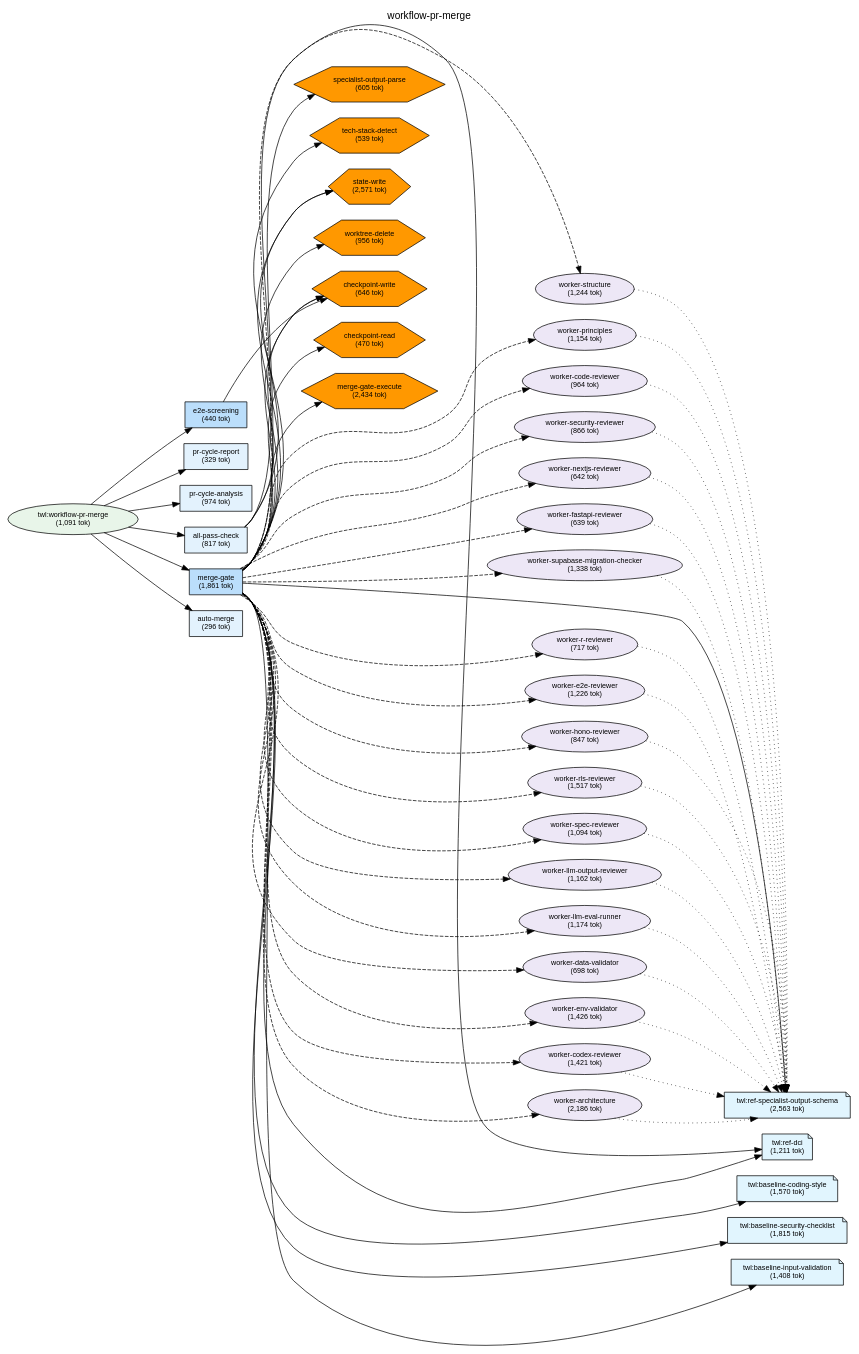
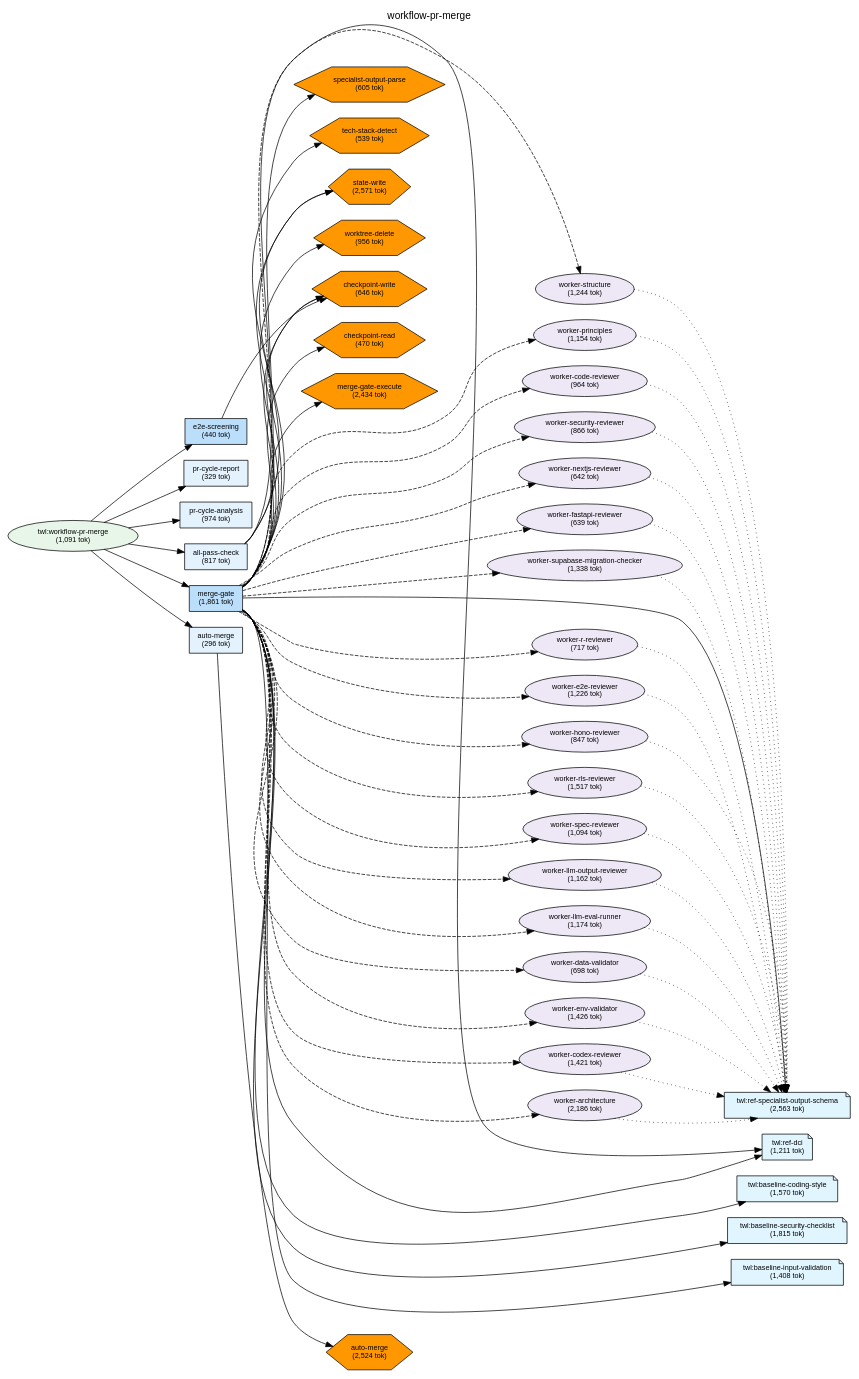
The diagram in plugins/twl/docs/deps-workflow-pr-merge.dot (shuu5/twill), drawn with Graphviz before and after one commit. The commit also changed 17 other files, not shown here.

```diff
--- a/plugins/twl/docs/deps-workflow-pr-merge.dot
+++ b/plugins/twl/docs/deps-workflow-pr-merge.dot
@@ -60,6 +60,7 @@
     script_tech_stack_detect [label="tech-stack-detect\n(539 tok)", shape=hexagon, style=filled, fillcolor="#FF9800"];
     script_specialist_output_parse [label="specialist-output-parse\n(605 tok)", shape=hexagon, style=filled, fillcolor="#FF9800"];
     script_merge_gate_execute [label="merge-gate-execute\n(2,434 tok)", shape=hexagon, style=filled, fillcolor="#FF9800"];
+    script_auto_merge [label="auto-merge\n(2,524 tok)", shape=hexagon, style=filled, fillcolor="#FF9800"];
     script_checkpoint_write [label="checkpoint-write\n(646 tok)", shape=hexagon, style=filled, fillcolor="#FF9800"];
     script_checkpoint_read [label="checkpoint-read\n(470 tok)", shape=hexagon, style=filled, fillcolor="#FF9800"];
 
@@ -70,7 +71,7 @@
     { rank=same; skill_ref_specialist_output_schema; skill_ref_dci; skill_baseline_coding_style; skill_baseline_security_checklist; skill_baseline_input_validation; }
     { rank=same; cmd_pr_cycle_report; cmd_all_pass_check; cmd_e2e_screening; cmd_merge_gate; cmd_auto_merge; cmd_pr_cycle_analysis; }
     { rank=same; agent_worker_structure; agent_worker_principles; agent_worker_env_validator; agent_worker_rls_reviewer; agent_worker_supabase_migration_checker; agent_worker_data_validator; agent_worker_e2e_reviewer; agent_worker_spec_reviewer; agent_worker_codex_reviewer; agent_worker_code_reviewer; agent_worker_security_reviewer; agent_worker_nextjs_reviewer; agent_worker_fastapi_reviewer; agent_worker_hono_reviewer; agent_worker_r_reviewer; agent_worker_architecture; agent_worker_llm_output_reviewer; agent_worker_llm_eval_runner; }
-    { rank=same; script_state_write; script_worktree_delete; script_tech_stack_detect; script_specialist_output_parse; script_merge_gate_execute; script_checkpoint_write; script_checkpoint_read; }
+    { rank=same; script_state_write; script_worktree_delete; script_tech_stack_detect; script_specialist_output_parse; script_merge_gate_execute; script_auto_merge; script_checkpoint_write; script_checkpoint_read; }
 
     // Edges
     skill_workflow_pr_merge -> cmd_e2e_screening;
@@ -113,6 +114,7 @@
     cmd_merge_gate -> skill_baseline_coding_style;
     cmd_merge_gate -> skill_baseline_security_checklist;
     cmd_merge_gate -> skill_baseline_input_validation;
+    cmd_auto_merge -> script_auto_merge;
     agent_worker_structure -> skill_ref_specialist_output_schema [style=dotted];
     agent_worker_principles -> skill_ref_specialist_output_schema [style=dotted];
     agent_worker_env_validator -> skill_ref_specialist_output_schema [style=dotted];
```
